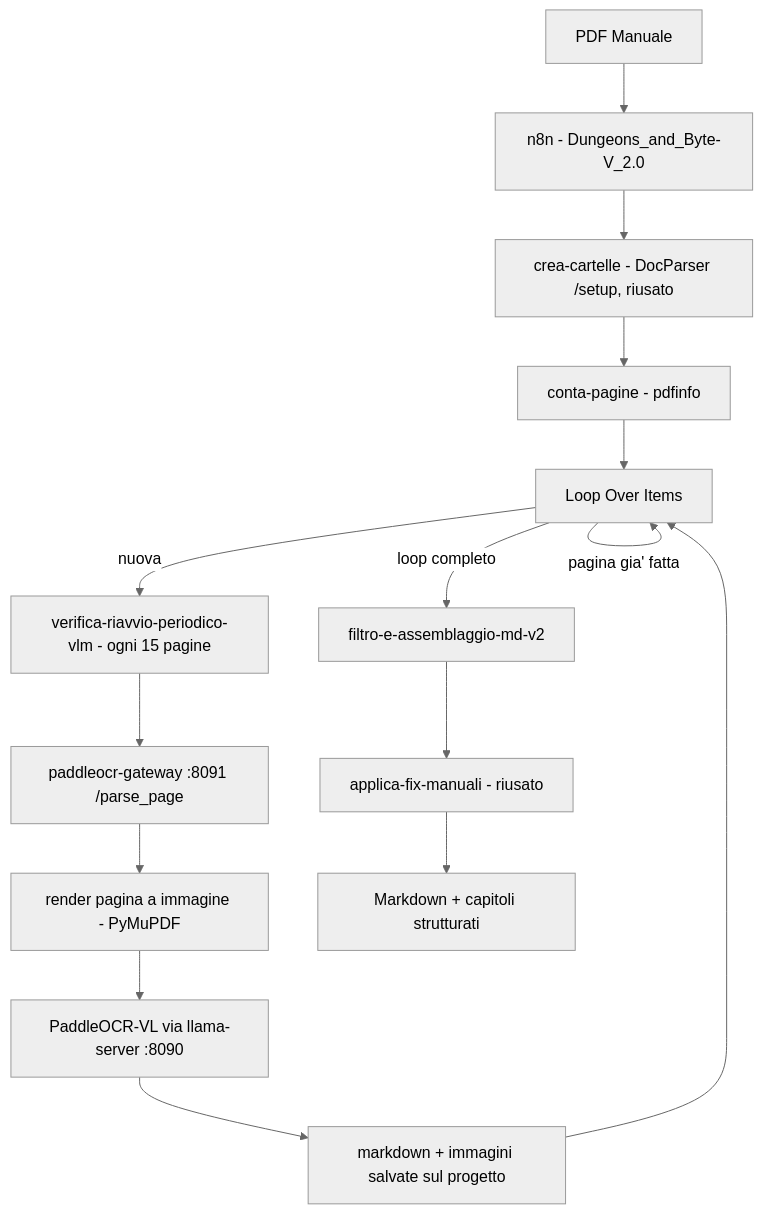
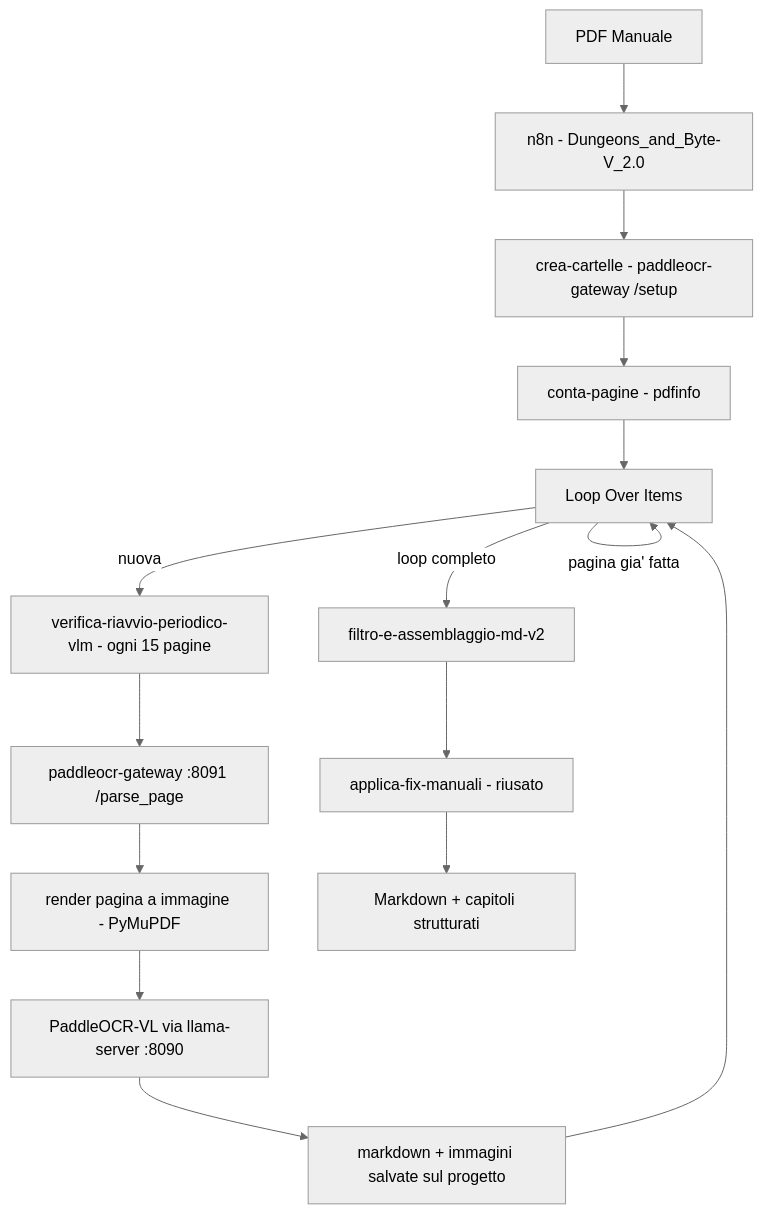
One commit to Valdan-D/dungeons-and-byte changed the first of 2 diagrams in README.md. Above: the diagram before and after it, drawn with Mermaid (neutral theme). The commit also changed other lines of this file and 3 other files, not shown here.

First line of the commit message:
v2.0: drop DocParser dependency, add /setup to gateway

````diff
--- a/README.md
+++ b/README.md
@@ -37,17 +37,17 @@
 ```mermaid
 graph TD
     A[PDF Manuale] --> B[n8n - Dungeons_and_Byte-V_2.0]
-    B --> C[crea-cartelle - DocParser /setup, riusato]
+    B --> C[crea-cartelle - paddleocr-gateway /setup]
     C --> D[conta-pagine - pdfinfo]
     D --> E[Loop Over Items]
     E -->|pagina gia' fatta| E
     E -->|nuova| F[verifica-riavvio-periodico-vlm - ogni 15 pagine]
     F --> G[paddleocr-gateway :8091 /parse_page]
     G --> H[render pagina a immagine - PyMuPDF]
     H --> I[PaddleOCR-VL via llama-server :8090]
     I --> J[markdown + immagini salvate sul progetto]
     J --> E
     E -->|loop completo| K[filtro-e-assemblaggio-md-v2]
     K --> L[applica-fix-manuali - riusato]
     L --> M[Markdown + capitoli strutturati]
 ```
````
